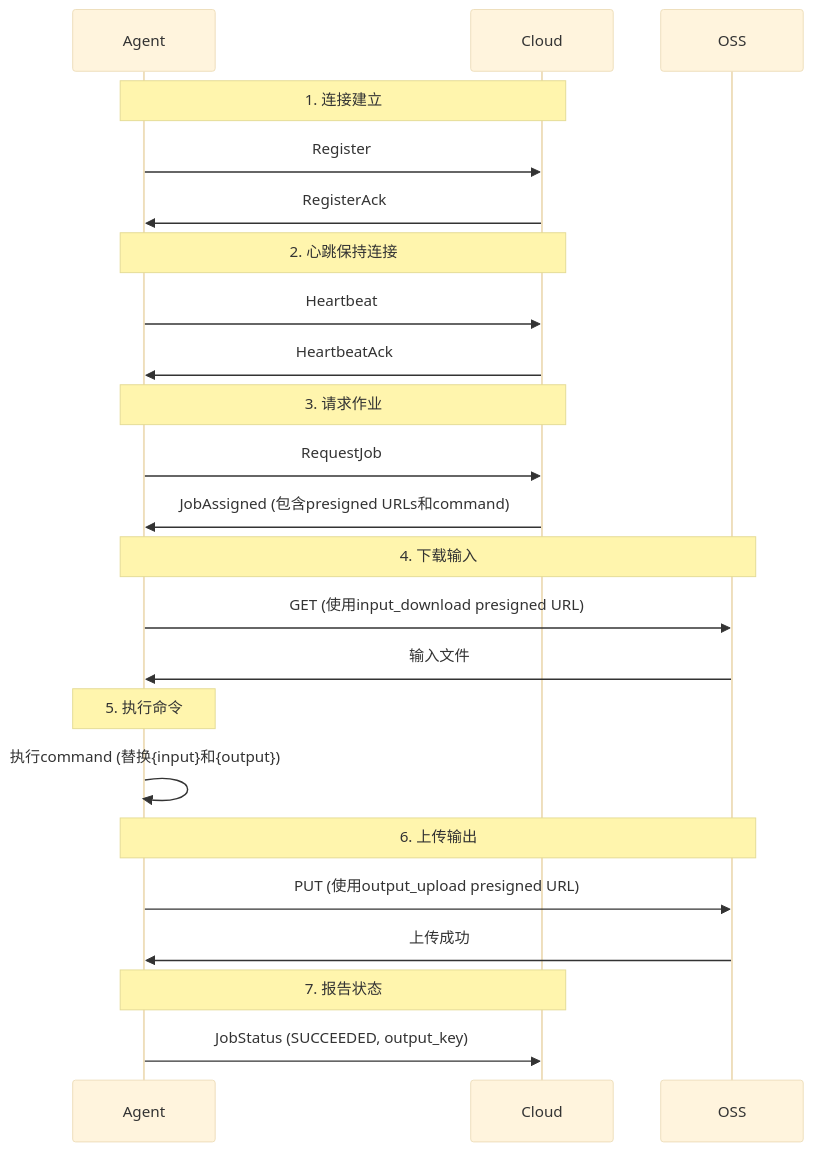
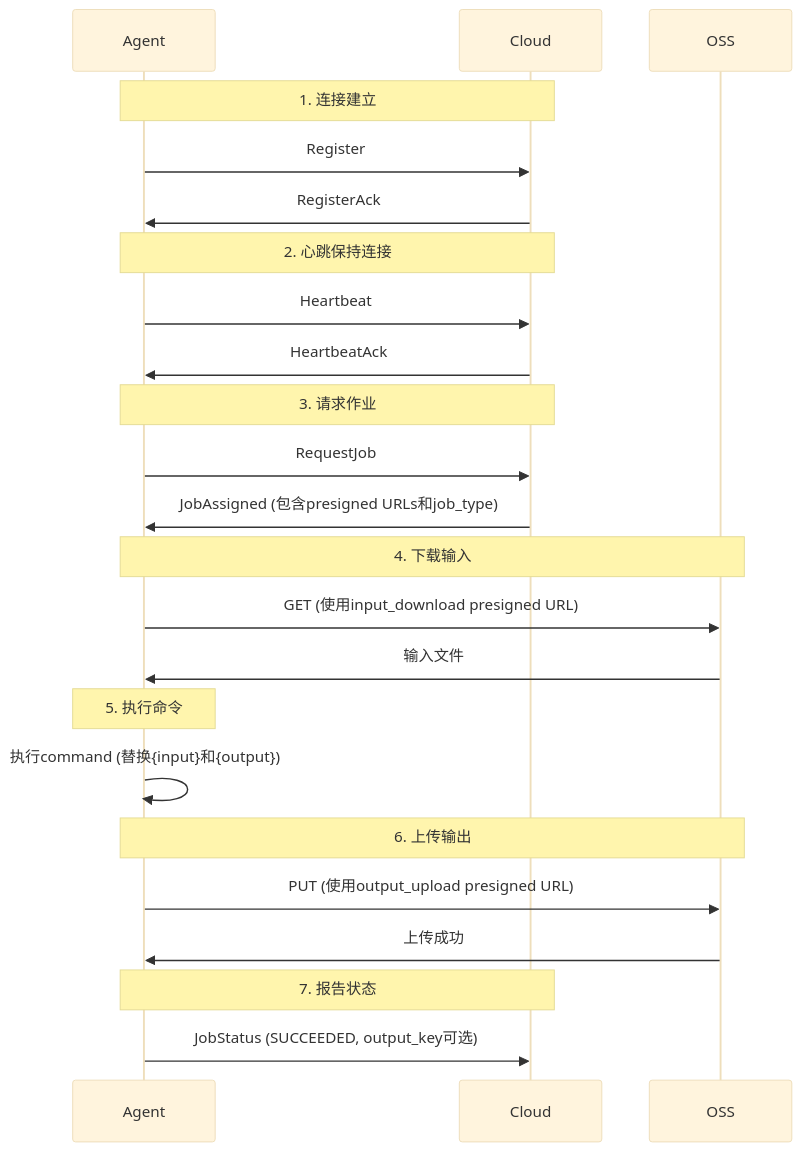
One commit to LiuChang-ao/XI-Resource-Server changed the second of 2 diagrams in docs/PROTOCOL_REFERENCE.md. Above: the diagram before and after it, drawn with Mermaid (base theme). The commit also changed other lines of this file and 13 other files, not shown here.

````diff
--- a/docs/PROTOCOL_REFERENCE.md
+++ b/docs/PROTOCOL_REFERENCE.md
@@ -327,32 +420,32 @@
 ```mermaid
 sequenceDiagram
     participant Agent
     participant Cloud
     participant OSS
 
     Note over Agent,Cloud: 1. 连接建立
     Agent->>Cloud: Register
     Cloud->>Agent: RegisterAck
     
     Note over Agent,Cloud: 2. 心跳保持连接
     Agent->>Cloud: Heartbeat
     Cloud->>Agent: HeartbeatAck
     
     Note over Agent,Cloud: 3. 请求作业
     Agent->>Cloud: RequestJob
-    Cloud->>Agent: JobAssigned (包含presigned URLs和command)
+    Cloud->>Agent: JobAssigned (包含presigned URLs和job_type)
     
     Note over Agent,OSS: 4. 下载输入
     Agent->>OSS: GET (使用input_download presigned URL)
     OSS->>Agent: 输入文件
     
     Note over Agent: 5. 执行命令
     Agent->>Agent: 执行command (替换{input}和{output})
     
     Note over Agent,OSS: 6. 上传输出
     Agent->>OSS: PUT (使用output_upload presigned URL)
     OSS->>Agent: 上传成功
     
     Note over Agent,Cloud: 7. 报告状态
-    Agent->>Cloud: JobStatus (SUCCEEDED, output_key)
+    Agent->>Cloud: JobStatus (SUCCEEDED, output_key可选)
 ```
````
